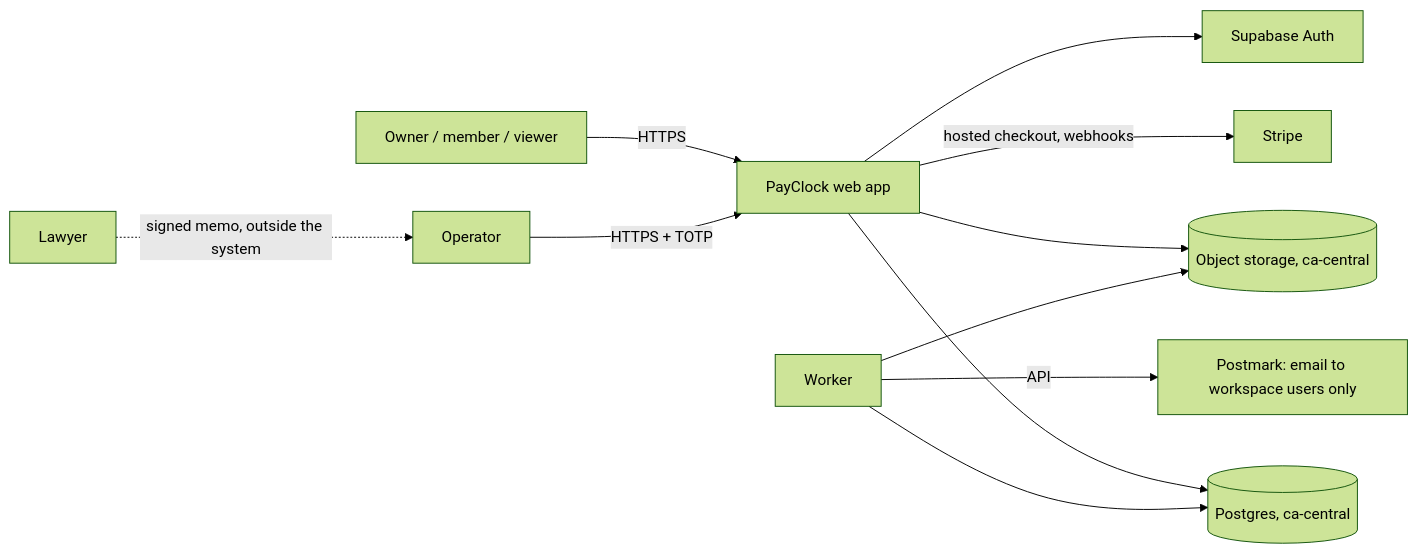
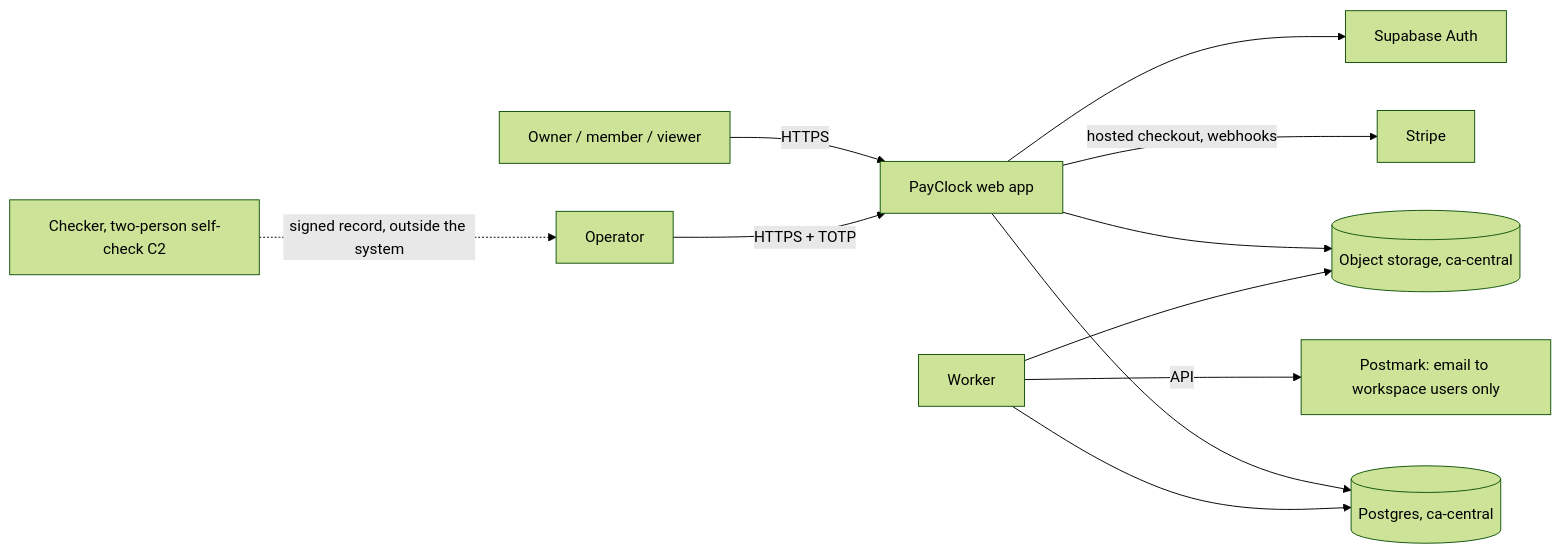
One commit to ZakriaJutt/payclock-ca changed the first of 5 diagrams in TRD.md. Above: the diagram before and after it, drawn with Mermaid (forest theme). The commit also changed other lines of this file and 7 other files, not shown here.

First line of the commit message:
C2: compliance self-check replaces lawyer gates

````diff
--- a/TRD.md
+++ b/TRD.md
@@ -15,13 +15,13 @@
 ```mermaid
 flowchart LR
   U[Owner / member / viewer] -->|HTTPS| W[PayClock web app]
   O[Operator] -->|HTTPS + TOTP| W
   W --> DB[(Postgres, ca-central)]
   W --> ST[(Object storage, ca-central)]
   WK[Worker] --> DB
   WK --> ST
   WK -->|API| PM[Postmark: email to workspace users only]
   W -->|hosted checkout, webhooks| SP[Stripe]
   W --> AU[Supabase Auth]
-  L[Lawyer] -. signed memo, outside the system .-> O
+  L[Checker, two-person self-check C2] -. signed record, outside the system .-> O
 ```
````
